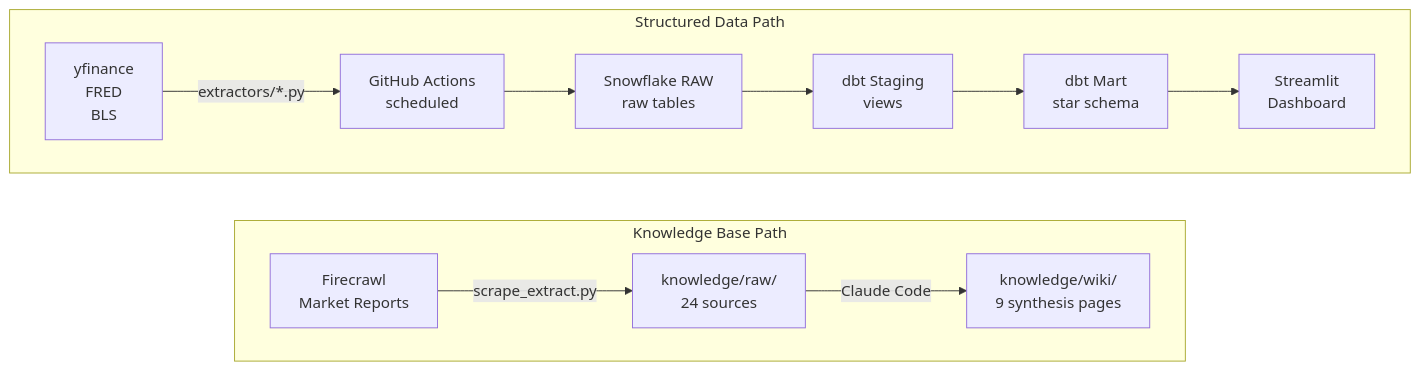
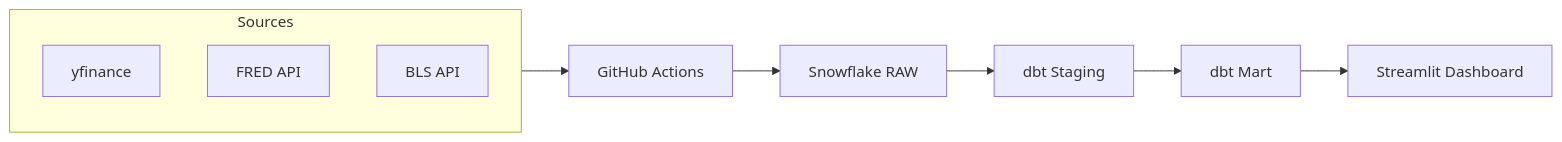
The first of 3 diagrams in README.md (quinnmedak/operations-analyst-realestate), drawn with Mermaid before and after one commit. The commit also changed other lines of this file, not shown here.

Commit message:
docs: update README with accurate ERD, pipeline diagram, and live URL
- Rewrite pipeline diagram: two stacked LR flows with Sources subgraph listing each tool, no line breaks in node labels
- Fix ERD: add missing dim_date → fact_quarterly_financials relationship, complete all fact table columns from actual dbt SQL
- Add live dashboard URL: https://commercial-real-estate-analytics.streamlit.app/
- Update wiki count from 7 to 9 throughout
- Update extractors comment to distinguish API extractors from web scrape extractor
- Update key insights to reflect JLL Property Clock bottoming out positioning

````diff
--- a/README.md
+++ b/README.md
@@ -29,19 +31,9 @@
 ```mermaid
-flowchart TB
-    subgraph s1 [Structured Data Path]
-        direction LR
-        A[yfinance\nFRED\nBLS] -->|extractors/*.py| B[GitHub Actions\nscheduled]
-        B --> C[Snowflake RAW\nraw tables]
-        C --> D[dbt Staging\nviews]
-        D --> E[dbt Mart\nstar schema]
-        E --> F[Streamlit\nDashboard]
+flowchart LR
+    subgraph SRC [Sources]
+        A[yfinance]
+        B[FRED API]
+        C[BLS API]
     end
-
-    subgraph s2 [Knowledge Base Path]
-        direction LR
-        G[Firecrawl\nMarket Reports] -->|scrape_extract.py| H[knowledge/raw/\n24 sources]
-        H -->|Claude Code| I[knowledge/wiki/\n9 synthesis pages]
-    end
-
-    s1 ~~~ s2
+    SRC --> D[GitHub Actions] --> E[Snowflake RAW] --> F[dbt Staging] --> G[dbt Mart] --> H[Streamlit Dashboard]
 ```
````
